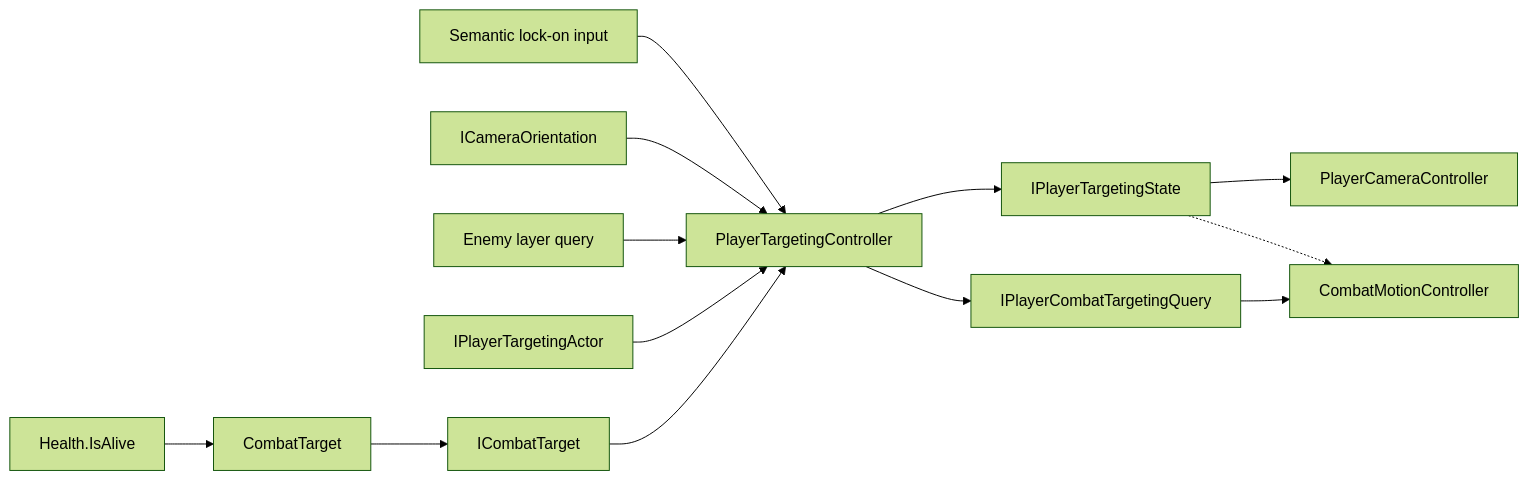
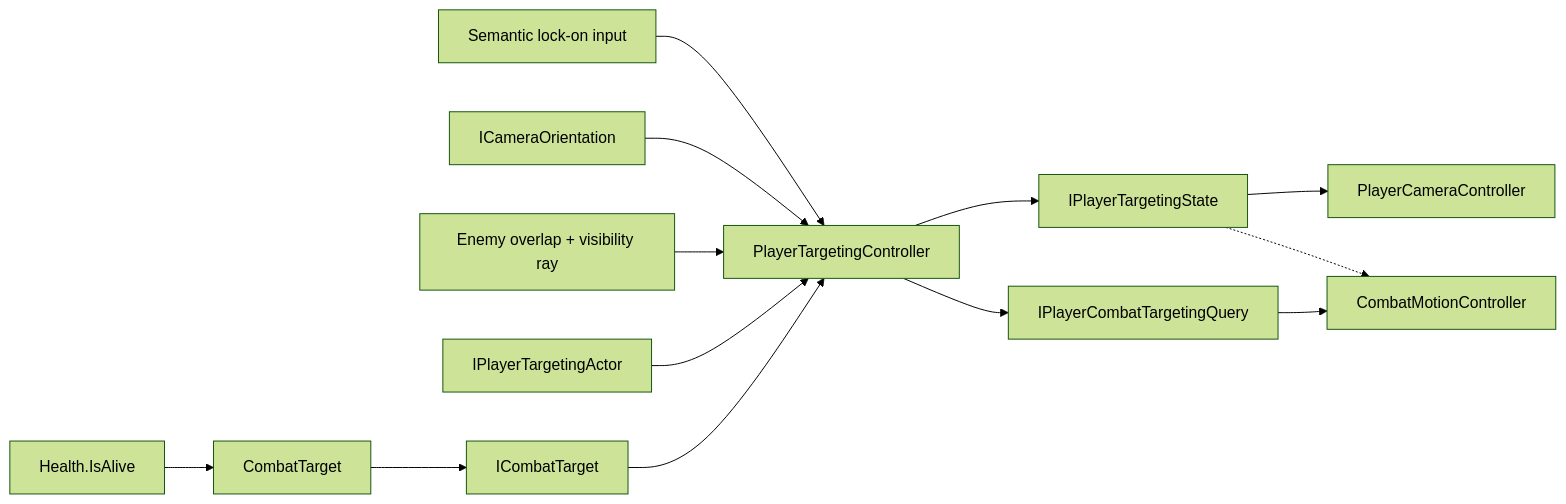
Before and after one commit to MaximFonariuc/project-s: the second of 2 diagrams in Docs/Architecture/Player.Targeting.md, drawn with Mermaid (forest theme). The commit also changed other lines of this file and 1 other file, not shown here.

Commit message:
fix(targeting): reject occluded combat targets

````diff
--- a/Docs/Architecture/Player.Targeting.md
+++ b/Docs/Architecture/Player.Targeting.md
@@ -128,15 +131,15 @@
 ```mermaid
 flowchart LR
     Input["Semantic lock-on input"] --> Targeting["PlayerTargetingController"]
     CameraView["ICameraOrientation"] --> Targeting
-    Physics["Enemy layer query"] --> Targeting
+    Physics["Enemy overlap + visibility ray"] --> Targeting
     Actor["IPlayerTargetingActor"] --> Targeting
     Target["ICombatTarget"] --> Targeting
     Health["Health.IsAlive"] --> CombatTarget["CombatTarget"]
     CombatTarget --> Target
     Targeting --> State["IPlayerTargetingState"]
     Targeting --> Query["IPlayerCombatTargetingQuery"]
     State --> Camera["PlayerCameraController"]
     State -.-> Combat["CombatMotionController"]
     Query --> Combat
 ```
````
